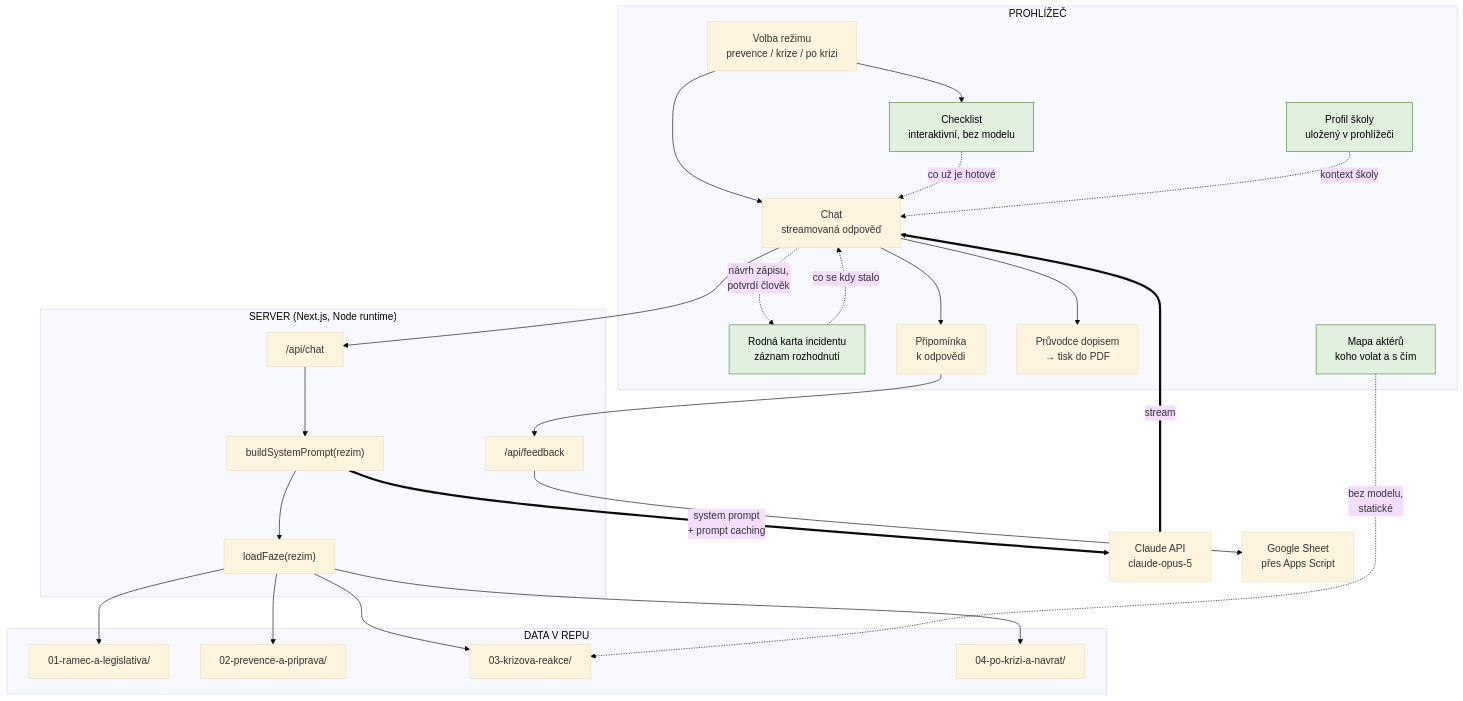
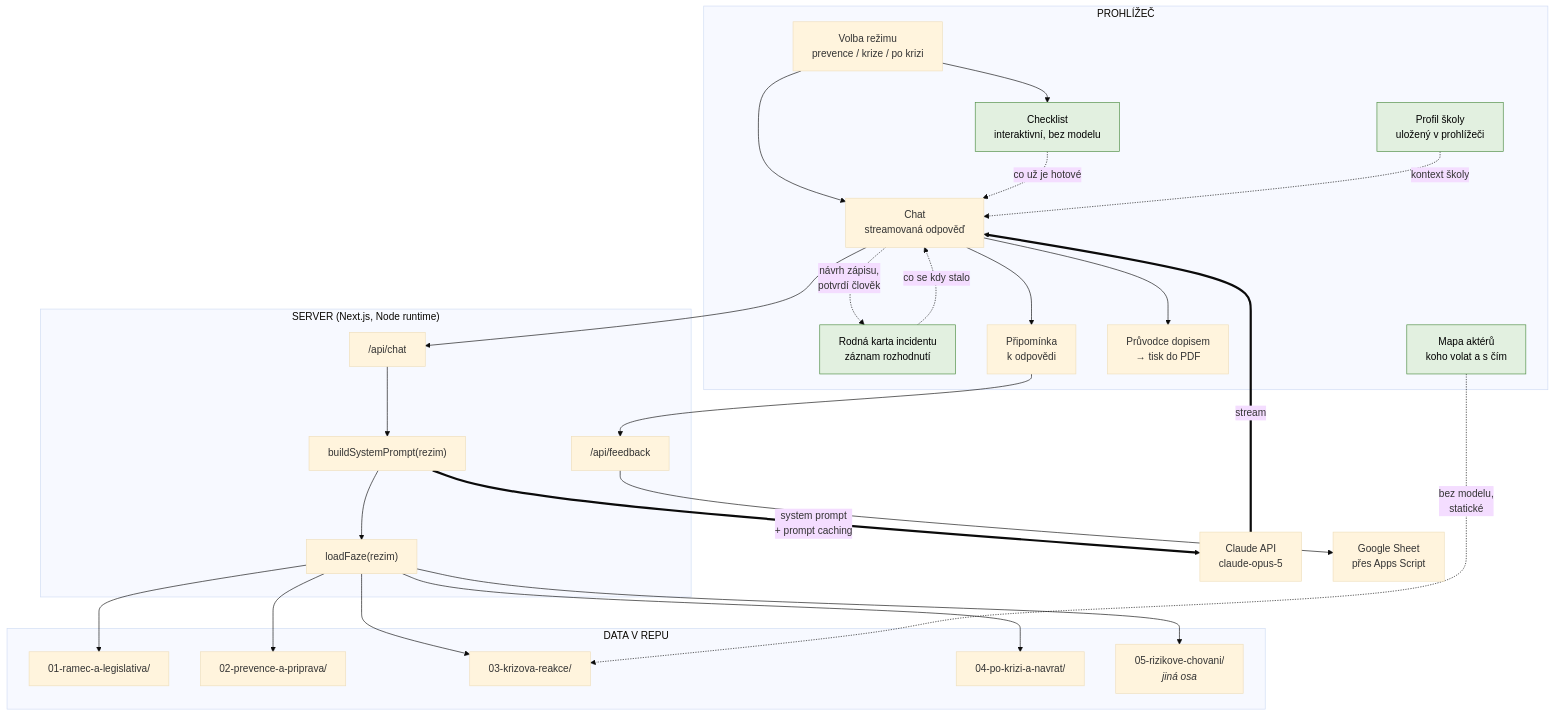
The first of 5 diagrams in dokumentace/navrh-aplikace.md (aidetemcz/bezpecna-skola), drawn with Mermaid (base theme) before and after one commit. The commit also changed other lines of this file, not shown here.

````diff
--- a/dokumentace/navrh-aplikace.md
+++ b/dokumentace/navrh-aplikace.md
@@ -25,50 +25,51 @@
 ```mermaid
 flowchart TB
     subgraph UI["PROHLÍŽEČ"]
         REZ["Volba režimu<br/>prevence / krize / po krizi"]
         CL["Checklist<br/>interaktivní, bez modelu"]
         RKI["Rodná karta incidentu<br/>záznam rozhodnutí"]
         CHAT["Chat<br/>streamovaná odpověď"]
         AKT["Mapa aktérů<br/>koho volat a s čím"]
         DOP["Průvodce dopisem<br/>→ tisk do PDF"]
         FB["Připomínka<br/>k odpovědi"]
         PROF["Profil školy<br/>uložený v prohlížeči"]
     end
 
     subgraph SRV["SERVER (Next.js, Node runtime)"]
         RCHAT["/api/chat"]
         RFB["/api/feedback"]
         PROMPT["buildSystemPrompt(rezim)"]
         LOAD["loadFaze(rezim)"]
     end
 
     subgraph DATA["DATA V REPU"]
         D1["01-ramec-a-legislativa/"]
         D2["02-prevence-a-priprava/"]
         D3["03-krizova-reakce/"]
         D4["04-po-krizi-a-navrat/"]
+        D5["05-rizikove-chovani/<br/><i>jiná osa</i>"]
     end
 
     CLAUDE["Claude API<br/>claude-opus-5"]
     SHEET["Google Sheet<br/>přes Apps Script"]
 
     REZ --> CL
     REZ --> CHAT
     CL -.->|"co už je hotové"| CHAT
     RKI -.->|"co se kdy stalo"| CHAT
     PROF -.->|"kontext školy"| CHAT
     CHAT -.->|"návrh zápisu,<br/>potvrdí člověk"| RKI
     CHAT --> RCHAT
     RCHAT --> PROMPT
     PROMPT --> LOAD
-    LOAD --> D1 & D2 & D3 & D4
+    LOAD --> D1 & D2 & D3 & D4 & D5
     PROMPT ==>|"system prompt<br/>+ prompt caching"| CLAUDE
     CLAUDE ==>|"stream"| CHAT
     CHAT --> DOP
     CHAT --> FB
     FB --> RFB --> SHEET
     AKT -.->|"bez modelu,<br/>statické"| D3
 
     classDef stat fill:#e2f0e0,stroke:#4a8b3f,color:#000
     class AKT,PROF,CL,RKI stat
 ```
````
